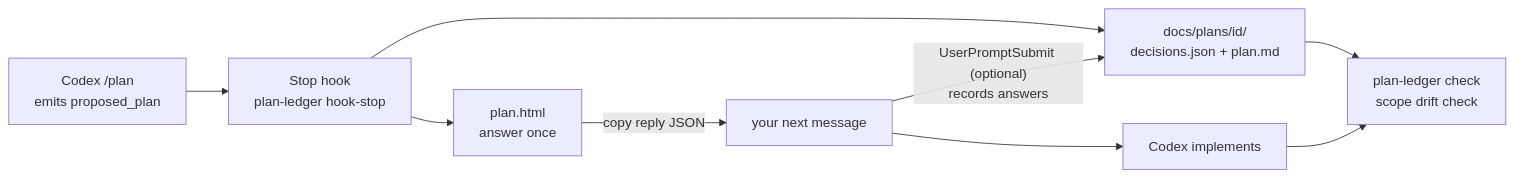
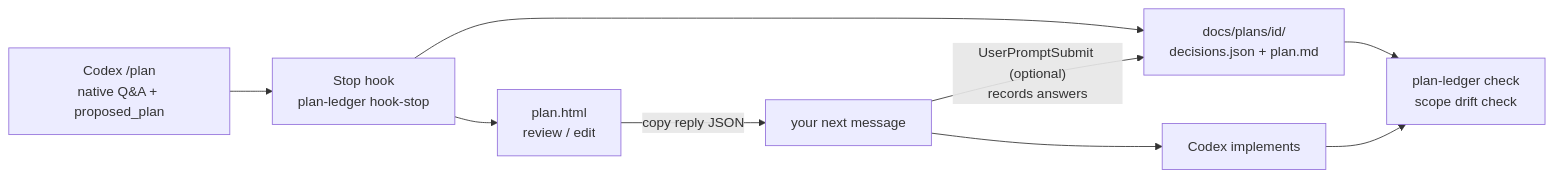
The diagram in README.en.md (miniLV/codex-plan-ledger), drawn with Mermaid before and after one commit. The commit also changed other lines of this file and 12 other files, not shown here.

````diff
--- a/README.en.md
+++ b/README.en.md
@@ -55,11 +57,11 @@
 ```mermaid
 flowchart LR
-  A["Codex /plan<br/>emits proposed_plan"] --> B["Stop hook<br/>plan-ledger hook-stop"]
+  A["Codex /plan<br/>native Q&A + proposed_plan"] --> B["Stop hook<br/>plan-ledger hook-stop"]
   B --> C["docs/plans/id/<br/>decisions.json + plan.md"]
-  B --> D["plan.html<br/>answer once"]
+  B --> D["plan.html<br/>review / edit"]
   D -->|"copy reply JSON"| E["your next message"]
   E -->|"UserPromptSubmit (optional)<br/>records answers"| C
   E --> F["Codex implements"]
   F --> G["plan-ledger check<br/>scope drift check"]
   C --> G
 ```
````
